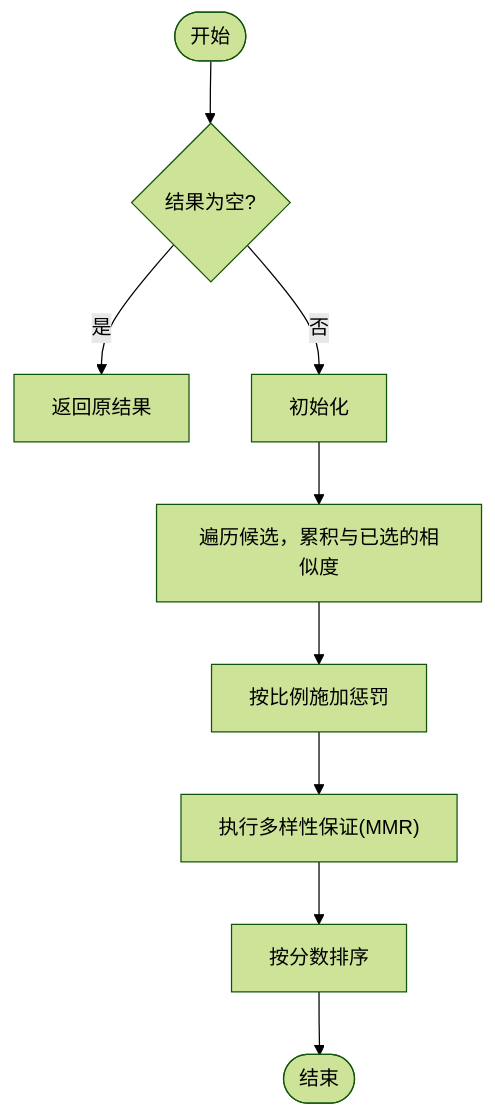
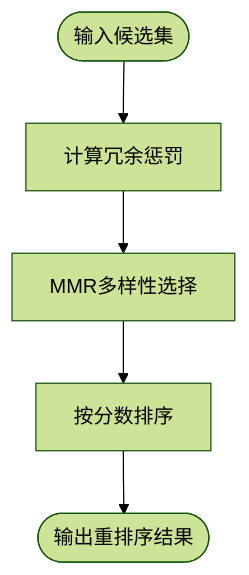
One commit to JieGaoPrinceton/NecoRAG changed the fifth of 10 diagrams in .qoder/repowiki/zh/content/检索引擎模块/检索引擎模块.md. Above: the diagram before and after it, drawn with Mermaid (forest theme). The commit also changed other lines of this file and 181 other files, not shown here.

````diff
--- a/.qoder/repowiki/zh/content/检索引擎模块/检索引擎模块.md
+++ b/.qoder/repowiki/zh/content/检索引擎模块/检索引擎模块.md
@@ -241,11 +219,7 @@
 ```mermaid
 flowchart TD
-S(["开始"]) --> Empty{"结果为空?"}
-Empty --> |是| ReturnEmpty["返回原结果"]
-Empty --> |否| Init["初始化"]
-Init --> Loop1["遍历候选，累积与已选的相似度"]
-Loop1 --> Penalty["按比例施加惩罚"]
-Penalty --> Diversity["执行多样性保证(MMR)"]
+S(["输入候选集"]) --> Penalty["计算冗余惩罚"]
+Penalty --> Diversity["MMR多样性选择"]
 Diversity --> Sort["按分数排序"]
-Sort --> E(["结束"])
+Sort --> O(["输出重排序结果"])
 ```
````
